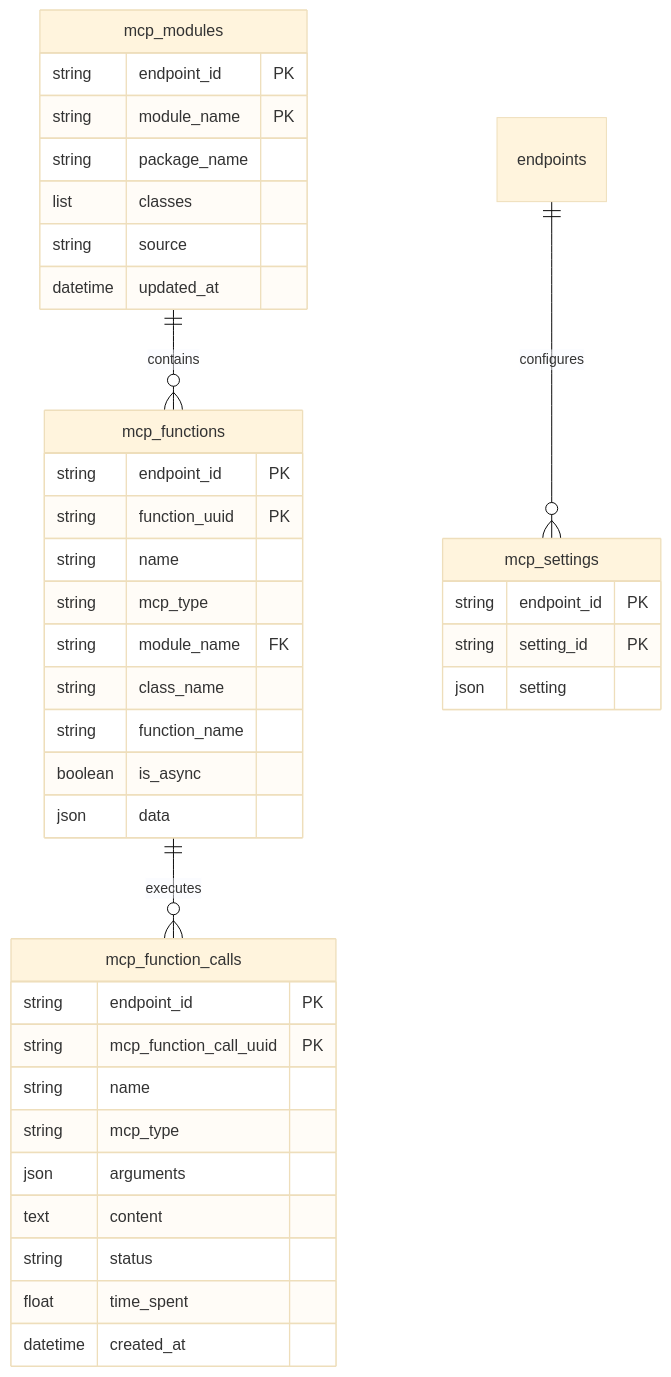
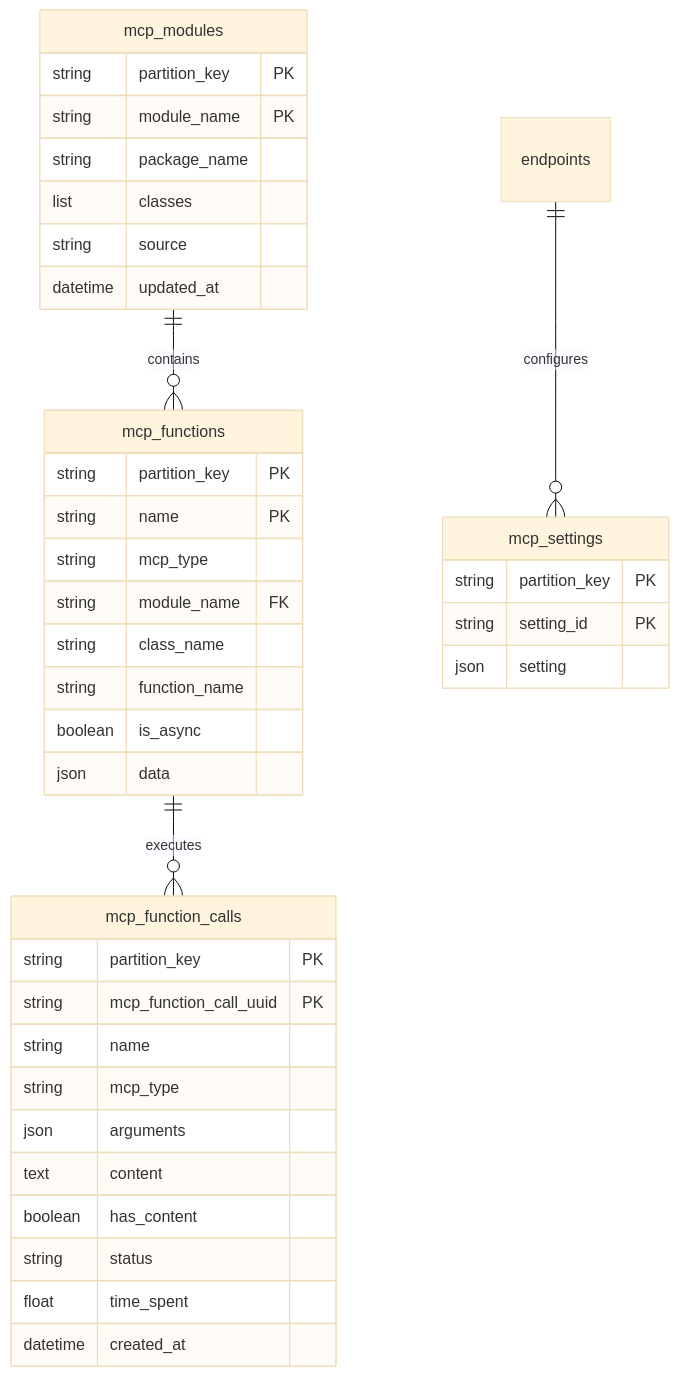
The third of 3 diagrams in docs/DEVELOPMENT_PLAN.md (ideabosque/ai_mcp_daemon_engine), drawn with Mermaid (base theme) before and after one commit. The commit also changed other lines of this file and 1 other file, not shown here.

````diff
--- a/docs/DEVELOPMENT_PLAN.md
+++ b/docs/DEVELOPMENT_PLAN.md
@@ -137,46 +259,46 @@
 ```mermaid
 erDiagram
     %% Core MCP Entities
     mcp_modules ||--o{ mcp_functions : "contains"
     mcp_functions ||--o{ mcp_function_calls : "executes"
     endpoints ||--o{ mcp_settings : "configures"
 
     mcp_modules {
-        string endpoint_id PK
+        string partition_key PK
         string module_name PK
         string package_name
         list classes
         string source
         datetime updated_at
     }
 
     mcp_functions {
-        string endpoint_id PK
-        string function_uuid PK
-        string name
+        string partition_key PK
+        string name PK
         string mcp_type
         string module_name FK
         string class_name
         string function_name
         boolean is_async
         json data
     }
 
     mcp_function_calls {
-        string endpoint_id PK
+        string partition_key PK
         string mcp_function_call_uuid PK
         string name
         string mcp_type
         json arguments
         text content
+        boolean has_content
         string status
         float time_spent
         datetime created_at
     }
 
     mcp_settings {
-        string endpoint_id PK
+        string partition_key PK
         string setting_id PK
         json setting
     }
 ```
````
